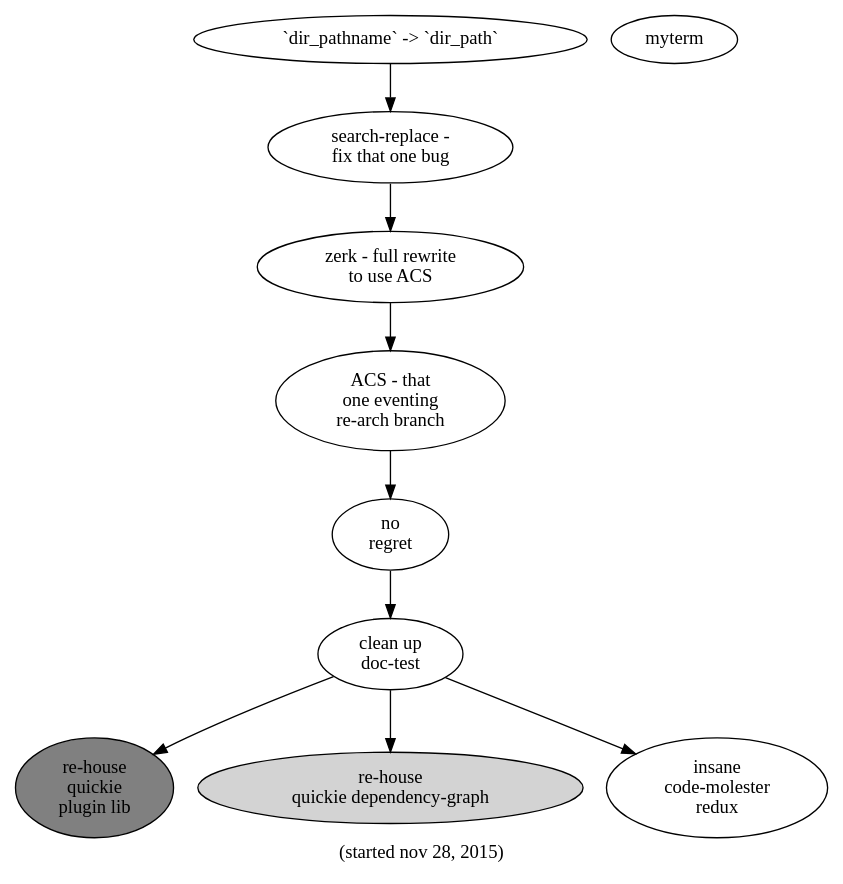
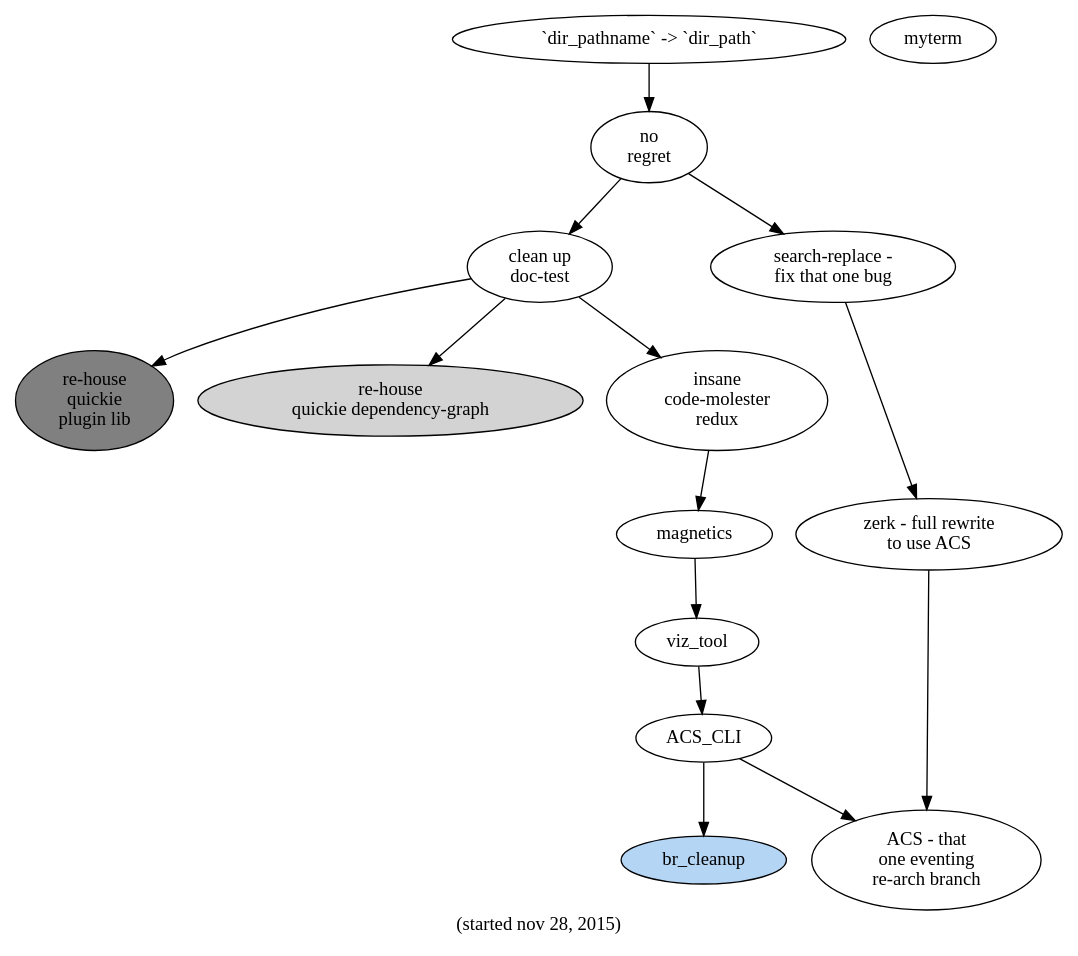
Before and after one commit to hipe/tmx: the diagram in slicer/doc/the-big-pictures-of-now/04-no-regret.dot, drawn with Graphviz. The commit also changed 15 other files, not shown here.

```diff
--- a/slicer/doc/the-big-pictures-of-now/04-no-regret.dot
+++ b/slicer/doc/the-big-pictures-of-now/04-no-regret.dot
@@ -1,27 +1,36 @@
 digraph g {
 
   /* color for active thing: #b5d5fb */
 
   label="(started nov 28, 2015)"
 
   clean_up_doctest -> re_house_xx
   re_house_xx [label="re-house\nquickie\nplugin lib" fillcolor="gray" style="filled"]
   clean_up_doctest [label="clean up\ndoc-test" ]
   clean_up_doctest -> re_house_yy
   re_house_yy [label="re-house\nquickie dependency-graph" style="filled"]
   clean_up_doctest->insane_CM_redux
   insane_CM_redux [label="insane\ncode-molester\nredux"]
 
+  insane_CM_redux->mag
+  mag [label="magnetics" ]
+  mag -> viz_tool
+
+  viz_tool -> ACS_CLI
+  ACS_CLI -> br_cleanup
+  ACS_CLI -> acs
+  br_cleanup [style=filled fillcolor="#b5d5f5"]
+
+  no_regret -> sea
   no_regret -> clean_up_doctest
 
   myterm
-  dpn->sea
+  dpn->no_regret
   dpn [label="`dir_pathname` -> `dir_path`"]
   sea [label="search-replace -\nfix that one bug"]
   sea->zerk
   zerk [label="zerk - full rewrite\nto use ACS"]
   zerk->acs
   acs [label="ACS - that\none eventing\nre-arch branch"]
-  acs->no_regret
   no_regret [label="no\nregret"]
 }
```
